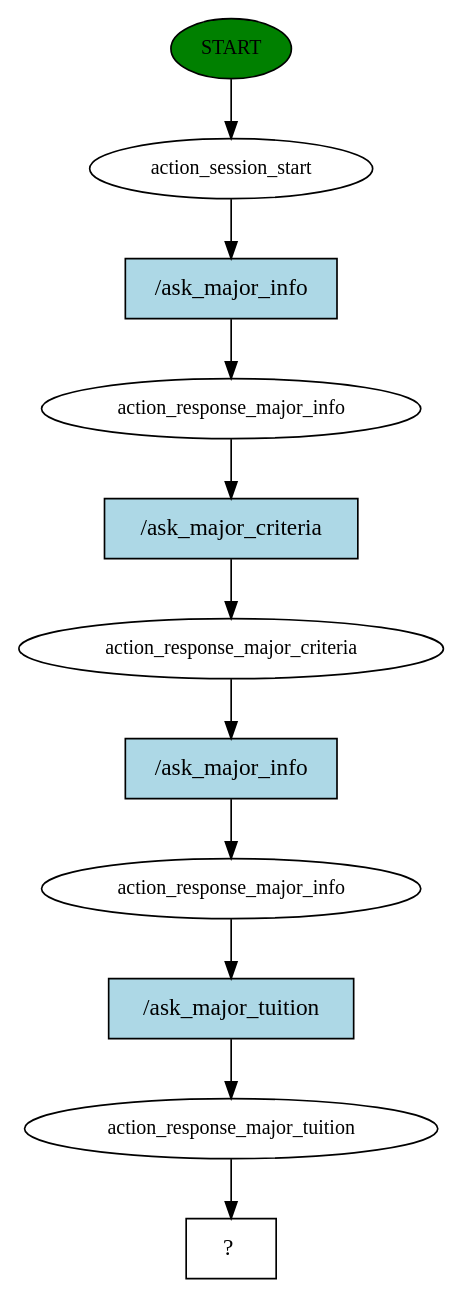
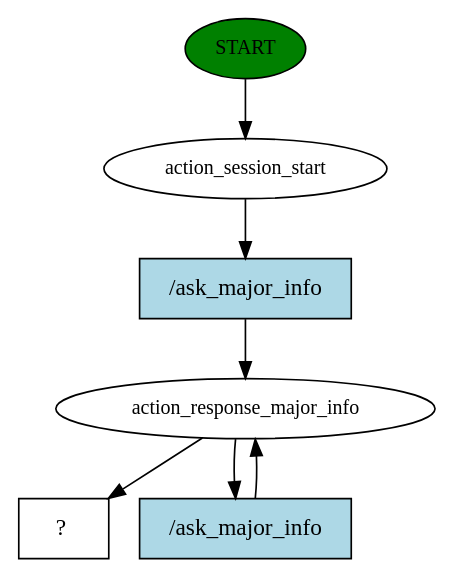
The diagram in story_graph.dot (Jester6136/Edubot), drawn with Graphviz before and after one commit. The commit also changed 3 other files, not shown here.

```diff
--- a/story_graph.dot
+++ b/story_graph.dot
@@ -1,23 +1,14 @@
 digraph  {
 0 [class="start active", fillcolor=green, fontsize=12, label=START, style=filled];
 1 [class=active, fontsize=12, label=action_session_start];
 2 [class=active, fontsize=12, label=action_response_major_info];
-3 [class=active, fontsize=12, label=action_response_major_criteria];
-4 [class=active, fontsize=12, label=action_response_major_info];
-5 [class=active, fontsize=12, label=action_response_major_tuition];
-6 [class="intent dashed active", label="  ?  ", shape=rect];
-7 [class="intent active", fillcolor=lightblue, label="/ask_major_info", shape=rect, style=filled];
-8 [class="intent active", fillcolor=lightblue, label="/ask_major_criteria", shape=rect, style=filled];
-9 [class="intent active", fillcolor=lightblue, label="/ask_major_info", shape=rect, style=filled];
-10 [class="intent active", fillcolor=lightblue, label="/ask_major_tuition", shape=rect, style=filled];
+4 [class="intent dashed active", label="  ?  ", shape=rect];
+5 [class="intent active", fillcolor=lightblue, label="/ask_major_info", shape=rect, style=filled];
+6 [class="intent active", fillcolor=lightblue, label="/ask_major_info", shape=rect, style=filled];
 0 -> 1  [class=active, key=NONE, label=""];
-1 -> 7  [class=active, key=0];
-2 -> 8  [class=active, key=0];
-3 -> 9  [class=active, key=0];
-4 -> 10  [class=active, key=0];
-5 -> 6  [class=active, key=NONE, label=""];
-7 -> 2  [class=active, key=0];
-8 -> 3  [class=active, key=0];
-9 -> 4  [class=active, key=0];
-10 -> 5  [class=active, key=0];
+1 -> 5  [class=active, key=0];
+2 -> 4  [class=active, key=NONE, label=""];
+2 -> 6  [class=active, key=0];
+5 -> 2  [class=active, key=0];
+6 -> 2  [class=active, key=0];
 }
```
